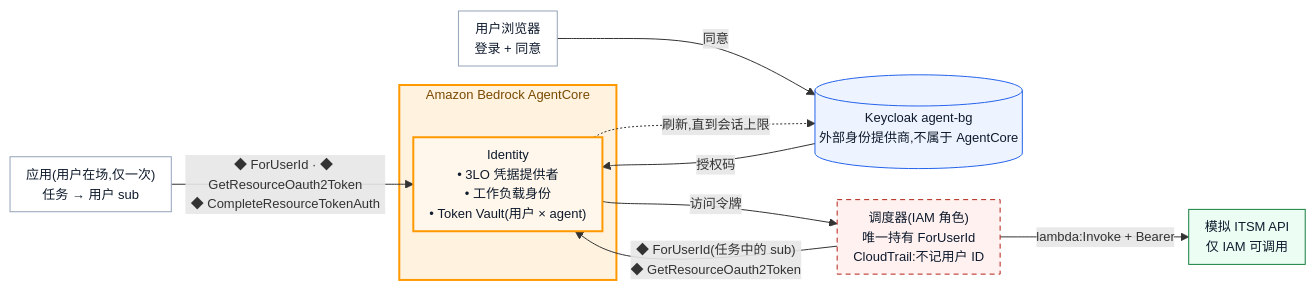
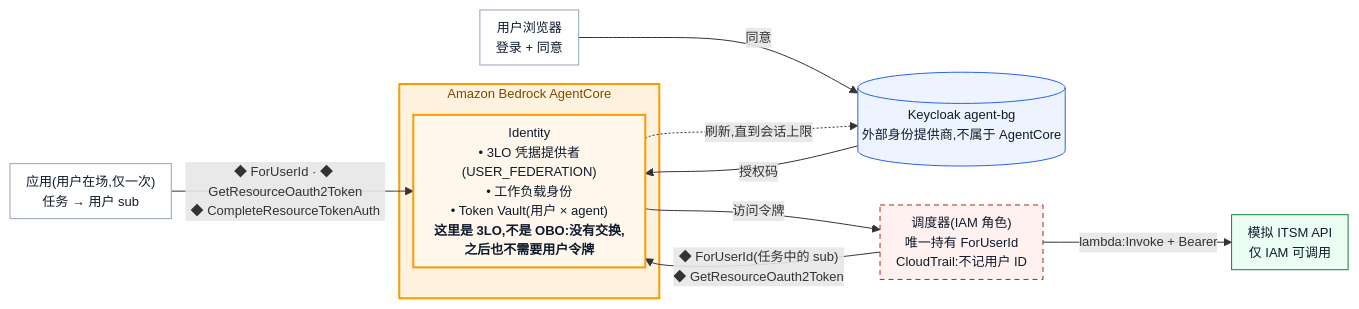
The second of 2 diagrams in README.zh-CN.md (zanbei/agentcore-delegated-auth-poc), drawn with Mermaid before and after one commit. The commit also changed other lines of this file and 5 other files, not shown here.

Commit message:
Highlight the OBO path in the architecture; explain where OBO is and is not used

````diff
--- a/README.zh-CN.md
+++ b/README.zh-CN.md
@@ -46,25 +49,26 @@
 ```mermaid
 %%{init: {"flowchart": {"nodeSpacing": 18, "rankSpacing": 28, "padding": 8}, "themeVariables": {"fontSize": "13px"}}}%%
 flowchart LR
     APP["应用(用户在场,仅一次)<br/>任务 → 用户 sub"] -->|"◆ ForUserId · ◆ GetResourceOauth2Token<br/>◆ CompleteResourceTokenAuth"| ID
     subgraph AC["Amazon Bedrock AgentCore"]
-        ID["Identity<br/>• 3LO 凭据提供者<br/>• 工作负载身份<br/>• Token Vault(用户 × agent)"]
+        ID["Identity<br/>• 3LO 凭据提供者(USER_FEDERATION)<br/>• 工作负载身份<br/>• Token Vault(用户 × agent)<br/><b>这里是 3LO,不是 OBO:没有交换,之后也不需要用户令牌</b>"]
     end
     B["用户浏览器<br/>登录 + 同意"] -->|"同意"| K[("Keycloak agent-bg<br/>外部身份提供商,不属于 AgentCore")]
     K -->|"授权码"| ID
     ID -.->|"刷新,直到会话上限"| K
     S["调度器(IAM 角色)<br/>唯一持有 ForUserId<br/>CloudTrail:不记用户 ID"] -->|"◆ ForUserId(任务中的 sub)<br/>◆ GetResourceOauth2Token"| ID
     ID -->|"访问令牌"| S
     S -->|"lambda:Invoke + Bearer"| D["模拟 ITSM API<br/>仅 IAM 可调用"]
     classDef agentcore fill:#fff7eb,stroke:#ff9900,stroke-width:2px,color:#0f1b2d
+    classDef obo fill:#ffe0b2,stroke:#e65100,stroke-width:4px,color:#0f1b2d
     classDef idp fill:#eef4ff,stroke:#2563eb,color:#0f1b2d
     classDef app fill:#ffffff,stroke:#94a3b8,color:#0f1b2d
     classDef down fill:#ecfdf3,stroke:#15803d,color:#0f1b2d
     classDef risk fill:#fff1f0,stroke:#b42318,stroke-dasharray:5 4,color:#0f1b2d
     style AC fill:#fff3e0,stroke:#ff9900,stroke-width:2px,color:#7a4a00
     class ID agentcore
     class K idp
     class APP,B app
     class D down
     class S risk
 ```
````
